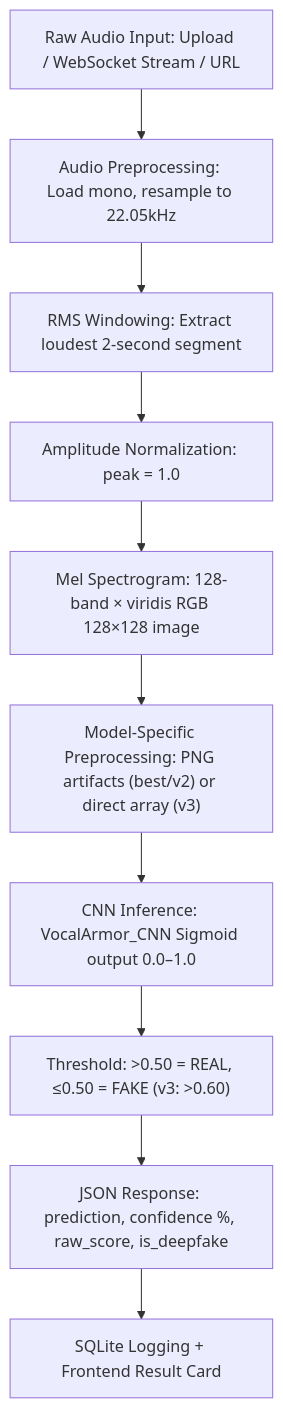
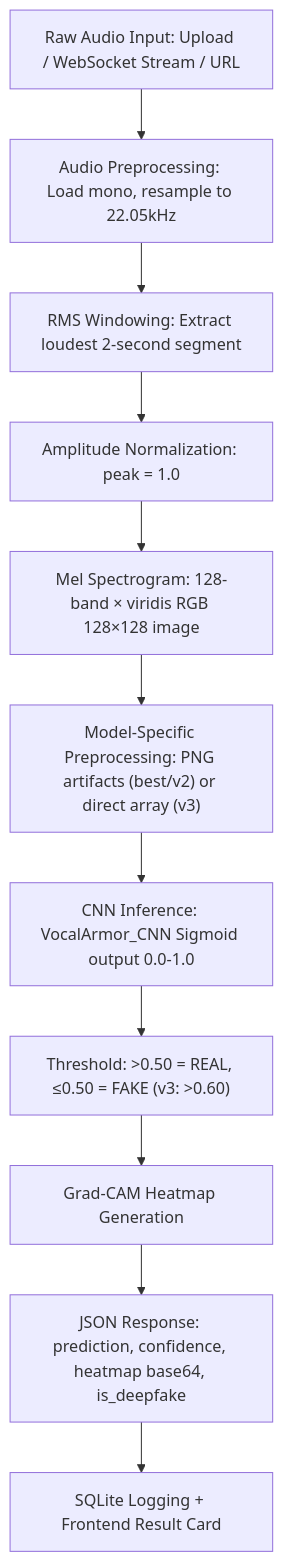
One commit to Surabhi0055/vocal-armor changed the diagram in README.md. Above: the diagram before and after it, drawn with Mermaid. The commit also changed other lines of this file and 2 other files, not shown here.

````diff
--- a/README.md
+++ b/README.md
@@ -108,12 +111,13 @@
 ```mermaid
 graph TD
     A["Raw Audio Input: Upload / WebSocket Stream / URL"] --> B["Audio Preprocessing: Load mono, resample to 22.05kHz"]
     B --> C["RMS Windowing: Extract loudest 2-second segment"]
     C --> D["Amplitude Normalization: peak = 1.0"]
     D --> E["Mel Spectrogram: 128-band × viridis RGB 128×128 image"]
     E --> F["Model-Specific Preprocessing: PNG artifacts (best/v2) or direct array (v3)"]
-    F --> G["CNN Inference: VocalArmor_CNN Sigmoid output 0.0–1.0"]
+    F --> G["CNN Inference: VocalArmor_CNN Sigmoid output 0.0-1.0"]
     G --> H["Threshold: >0.50 = REAL, ≤0.50 = FAKE (v3: >0.60)"]
-    H --> I["JSON Response: prediction, confidence %, raw_score, is_deepfake"]
-    I --> J["SQLite Logging + Frontend Result Card"]
+    H --> I["Grad-CAM Heatmap Generation"]
+    I --> J["JSON Response: prediction, confidence, heatmap base64, is_deepfake"]
+    J --> K["SQLite Logging + Frontend Result Card"]
 ```
````
